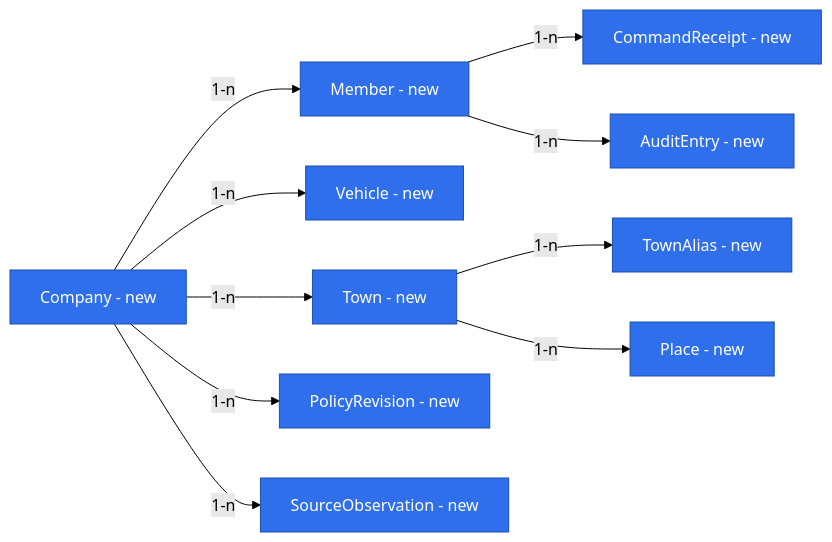
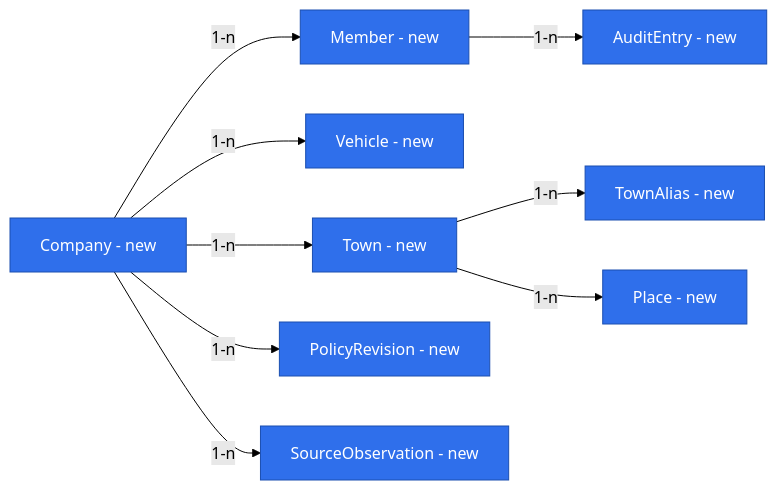
One commit to fleet-systems-org/fleet-platform changed the diagram in .ai/specs/2026-10-26-e01-foundations.md. Above: the diagram before and after it, drawn with Mermaid (forest theme). The commit also changed other lines of this file and 4 other files, not shown here.

````diff
--- a/.ai/specs/2026-10-26-e01-foundations.md
+++ b/.ai/specs/2026-10-26-e01-foundations.md
@@ -134,24 +171,21 @@
 ```mermaid
 flowchart LR
   classDef newEntity fill:#2f6feb,color:#fff,stroke:#1b4fb0
-  classDef existingEntity fill:#e5e7eb,color:#111,stroke:#9ca3af
   entity_1["Company - new"]:::newEntity
   entity_2["Member - new"]:::newEntity
   entity_3["Vehicle - new"]:::newEntity
   entity_4["Town - new"]:::newEntity
   entity_5["TownAlias - new"]:::newEntity
   entity_6["Place - new"]:::newEntity
   entity_7["PolicyRevision - new"]:::newEntity
   entity_8["SourceObservation - new"]:::newEntity
-  entity_9["CommandReceipt - new"]:::newEntity
   entity_10["AuditEntry - new"]:::newEntity
   entity_1 -->|1-n| entity_2
   entity_1 -->|1-n| entity_3
   entity_1 -->|1-n| entity_4
   entity_4 -->|1-n| entity_5
   entity_4 -->|1-n| entity_6
   entity_1 -->|1-n| entity_7
   entity_1 -->|1-n| entity_8
-  entity_2 -->|1-n| entity_9
   entity_2 -->|1-n| entity_10
 ```
````
